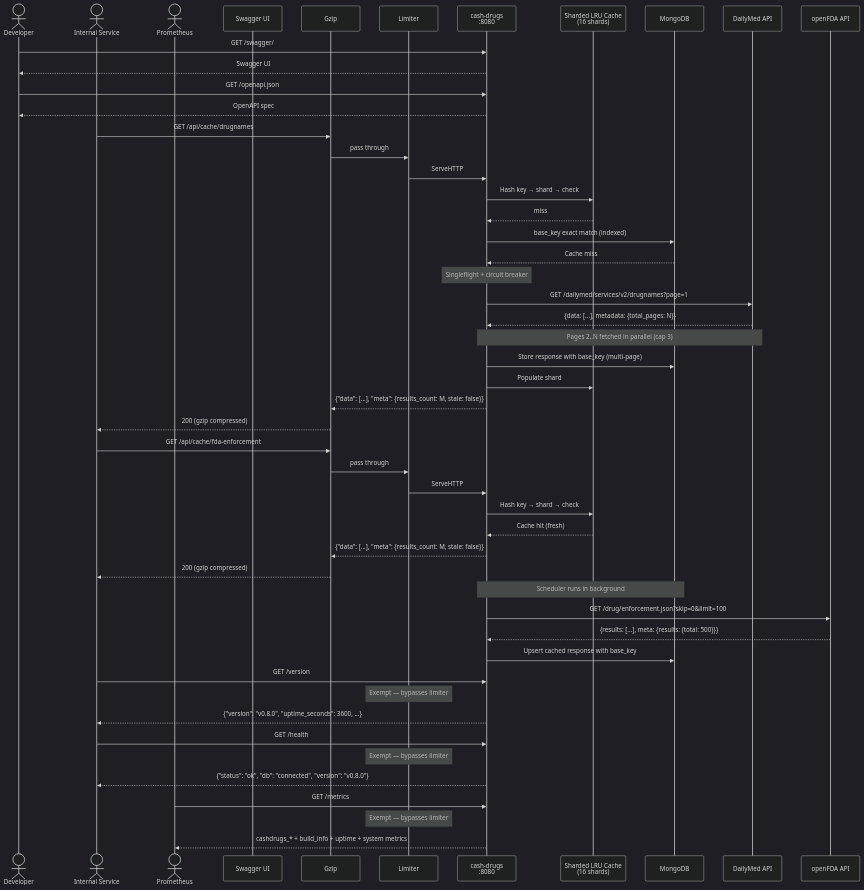
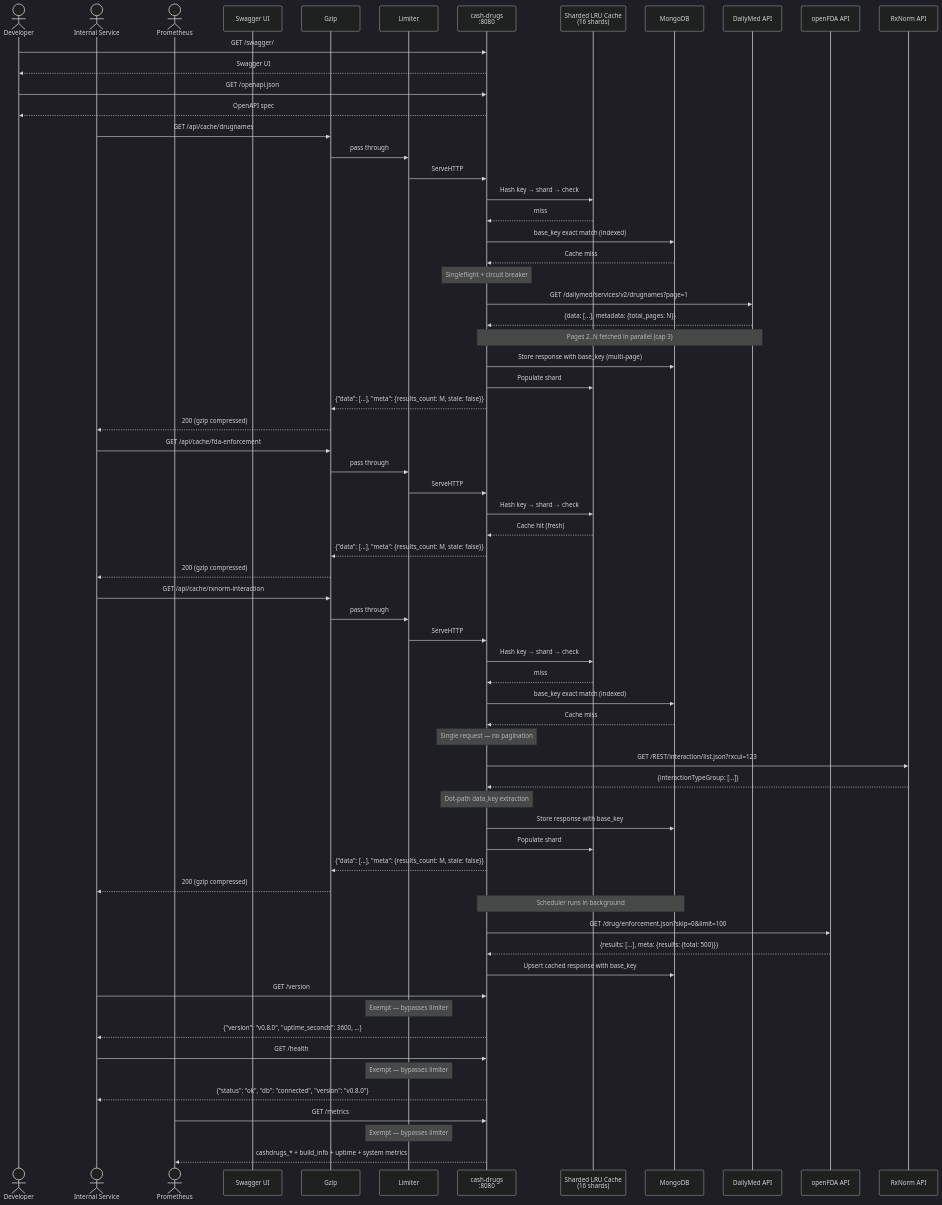
Diagram 16 of 16 in docs/sequence-diagram.md (finish06/cash-drugs), drawn with Mermaid (dark theme) before and after one commit. The commit also changed other lines of this file and 5 other files, not shown here.

First line of the commit message:
docs: Grafana build panels, RxNorm diagrams, Dockerfile git fix, M10 learnings

````diff
--- a/docs/sequence-diagram.md
+++ b/docs/sequence-diagram.md
@@ -523,60 +573,77 @@
 ```mermaid
 sequenceDiagram
     actor Dev as Developer
     actor Svc as Internal Service
     actor Prom as Prometheus
     participant SW as Swagger UI
     participant GZ as Gzip
     participant LIM as Limiter
     participant CD as cash-drugs<br/>:8080
     participant LRU as Sharded LRU Cache<br/>(16 shards)
     participant DB as MongoDB
     participant API1 as DailyMed API
     participant API2 as openFDA API
+    participant API3 as RxNorm API
 
     Dev->>CD: GET /swagger/
     CD-->>Dev: Swagger UI
     Dev->>CD: GET /openapi.json
     CD-->>Dev: OpenAPI spec
 
     Svc->>GZ: GET /api/cache/drugnames
     GZ->>LIM: pass through
     LIM->>CD: ServeHTTP
     CD->>LRU: Hash key → shard → check
     LRU-->>CD: miss
     CD->>DB: base_key exact match (indexed)
     DB-->>CD: Cache miss
     Note over CD: Singleflight + circuit breaker
     CD->>API1: GET /dailymed/services/v2/drugnames?page=1
     API1-->>CD: {data: [...], metadata: {total_pages: N}}
     Note over CD,API1: Pages 2..N fetched in parallel (cap 3)
     CD->>DB: Store response with base_key (multi-page)
     CD->>LRU: Populate shard
     CD-->>GZ: {"data": [...], "meta": {results_count: M, stale: false}}
     GZ-->>Svc: 200 (gzip compressed)
 
     Svc->>GZ: GET /api/cache/fda-enforcement
     GZ->>LIM: pass through
     LIM->>CD: ServeHTTP
     CD->>LRU: Hash key → shard → check
     LRU-->>CD: Cache hit (fresh)
     CD-->>GZ: {"data": [...], "meta": {results_count: M, stale: false}}
     GZ-->>Svc: 200 (gzip compressed)
 
+    Svc->>GZ: GET /api/cache/rxnorm-interaction
+    GZ->>LIM: pass through
+    LIM->>CD: ServeHTTP
+    CD->>LRU: Hash key → shard → check
+    LRU-->>CD: miss
+    CD->>DB: base_key exact match (indexed)
+    DB-->>CD: Cache miss
+    Note over CD: Single request — no pagination
+    CD->>API3: GET /REST/interaction/list.json?rxcui=123
+    API3-->>CD: {interactionTypeGroup: [...]}
+    Note over CD: Dot-path data_key extraction
+    CD->>DB: Store response with base_key
+    CD->>LRU: Populate shard
+    CD-->>GZ: {"data": [...], "meta": {results_count: M, stale: false}}
+    GZ-->>Svc: 200 (gzip compressed)
+
     Note over CD,DB: Scheduler runs in background
     CD->>API2: GET /drug/enforcement.json?skip=0&limit=100
     API2-->>CD: {results: [...], meta: {results: {total: 500}}}
     CD->>DB: Upsert cached response with base_key
 
     Svc->>CD: GET /version
     Note over LIM: Exempt — bypasses limiter
     CD-->>Svc: {"version": "v0.8.0", "uptime_seconds": 3600, ...}
 
     Svc->>CD: GET /health
     Note over LIM: Exempt — bypasses limiter
     CD-->>Svc: {"status": "ok", "db": "connected", "version": "v0.8.0"}
 
     Prom->>CD: GET /metrics
     Note over LIM: Exempt — bypasses limiter
     CD-->>Prom: cashdrugs_* + build_info + uptime + system metrics
 ```
````
